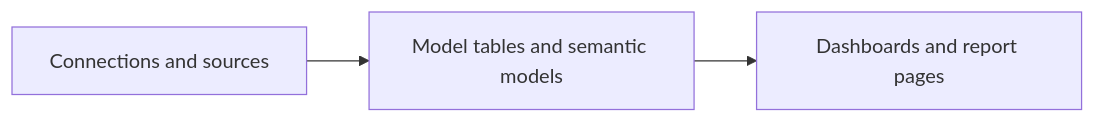
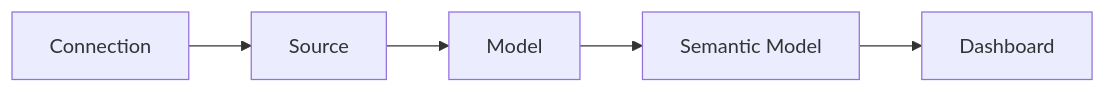
Before and after one commit to flidai/leapview: the diagram in docs/articles/start/introduction.md, drawn with Mermaid. The commit also changed other lines of this file and 132 other files, not shown here.

````diff
--- a/docs/articles/start/introduction.md
+++ b/docs/articles/start/introduction.md
@@ -24,6 +24,6 @@
 ```mermaid
 flowchart LR
   accTitle: LeapView resource layers
-  accDescr: Connections and sources feed model tables and semantic models, which feed dashboards and report pages.
-  inputs["Connections and sources"] --> semantics["Model tables and semantic models"] --> presentation["Dashboards and report pages"]
+  accDescr: Connections feed Sources, Sources feed Models, Models feed Semantic Models, and Semantic Models feed Dashboards.
+  connection["Connection"] --> source["Source"] --> model["Model"] --> semantic["Semantic Model"] --> dashboard["Dashboard"]
 ```
````
